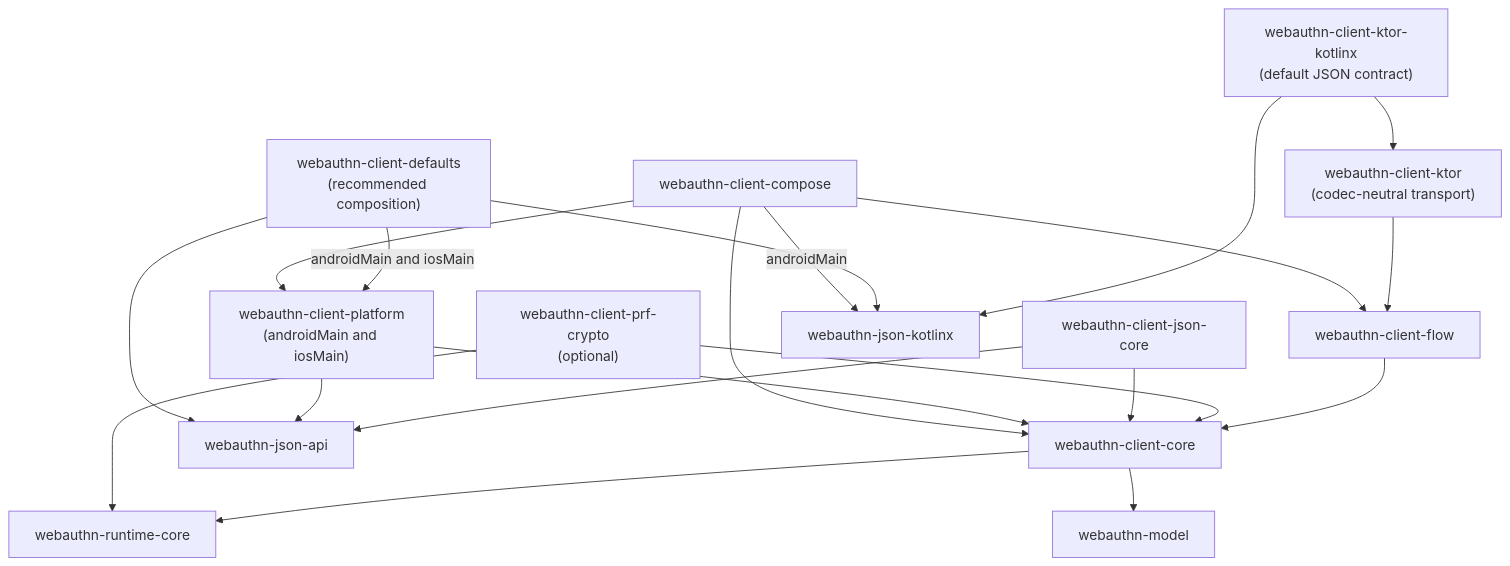
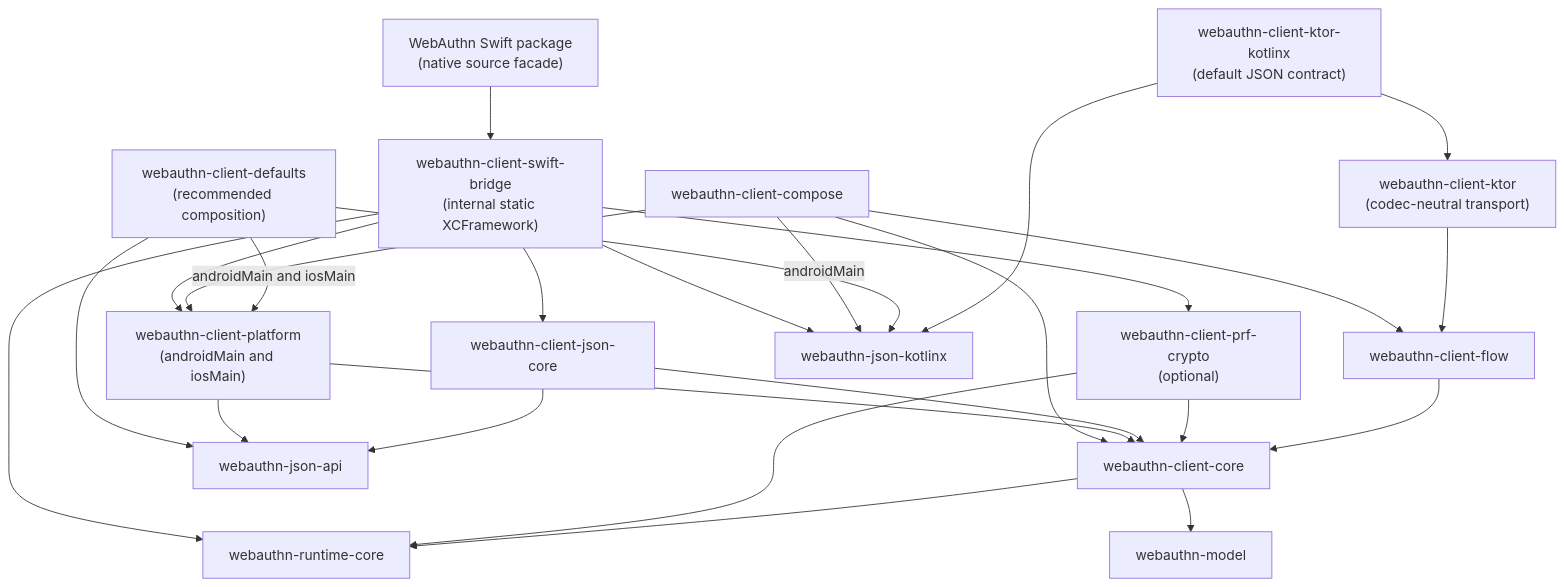
The third of 4 diagrams in docs/architecture.md (szijpeter/webauthn-kotlin-multiplatform), drawn with Mermaid before and after one commit. The commit also changed other lines of this file and 22 other files, not shown here.

Commit message:
docs(swift): document native SDK usage

````diff
--- a/docs/architecture.md
+++ b/docs/architecture.md
@@ -91,44 +93,53 @@
 ```mermaid
 flowchart TB
+    SWIFT["WebAuthn Swift package<br/>(native source facade)"]
+    SWIFT_BRIDGE["webauthn-client-swift-bridge<br/>(internal static XCFramework)"]
     COMPOSE["webauthn-client-compose"]
     PLATFORM["webauthn-client-platform<br/>(androidMain and iosMain)"]
     JSON["webauthn-client-json-core"]
     PRF["webauthn-client-prf-crypto<br/>(optional)"]
     DEFAULTS["webauthn-client-defaults<br/>(recommended composition)"]
     KTOR_KOTLINX["webauthn-client-ktor-kotlinx<br/>(default JSON contract)"]
     KTOR["webauthn-client-ktor<br/>(codec-neutral transport)"]
     FLOW["webauthn-client-flow"]
     CLIENT_CORE["webauthn-client-core"]
     JSON_API["webauthn-json-api"]
     JSON_KOTLINX["webauthn-json-kotlinx"]
     RUNTIME["webauthn-runtime-core"]
     MODEL["webauthn-model"]
+
+    SWIFT --> SWIFT_BRIDGE
+    SWIFT_BRIDGE --> PLATFORM
+    SWIFT_BRIDGE --> JSON
+    SWIFT_BRIDGE --> PRF
+    SWIFT_BRIDGE --> JSON_KOTLINX
+    SWIFT_BRIDGE --> RUNTIME
 
     COMPOSE --> CLIENT_CORE
     COMPOSE --> FLOW
     COMPOSE --> PLATFORM
     COMPOSE -->|androidMain| JSON_KOTLINX
 
     DEFAULTS -->|androidMain and iosMain| PLATFORM
     DEFAULTS --> JSON_API
     DEFAULTS --> JSON_KOTLINX
 
     PLATFORM --> CLIENT_CORE
     PLATFORM --> JSON_API
 
     JSON --> CLIENT_CORE
     JSON --> JSON_API
 
     PRF --> CLIENT_CORE
     PRF --> RUNTIME
 
     KTOR_KOTLINX --> KTOR
     KTOR_KOTLINX --> JSON_KOTLINX
 
     KTOR --> FLOW
 
     FLOW --> CLIENT_CORE
 
     CLIENT_CORE --> RUNTIME
     CLIENT_CORE --> MODEL
 ```
````
